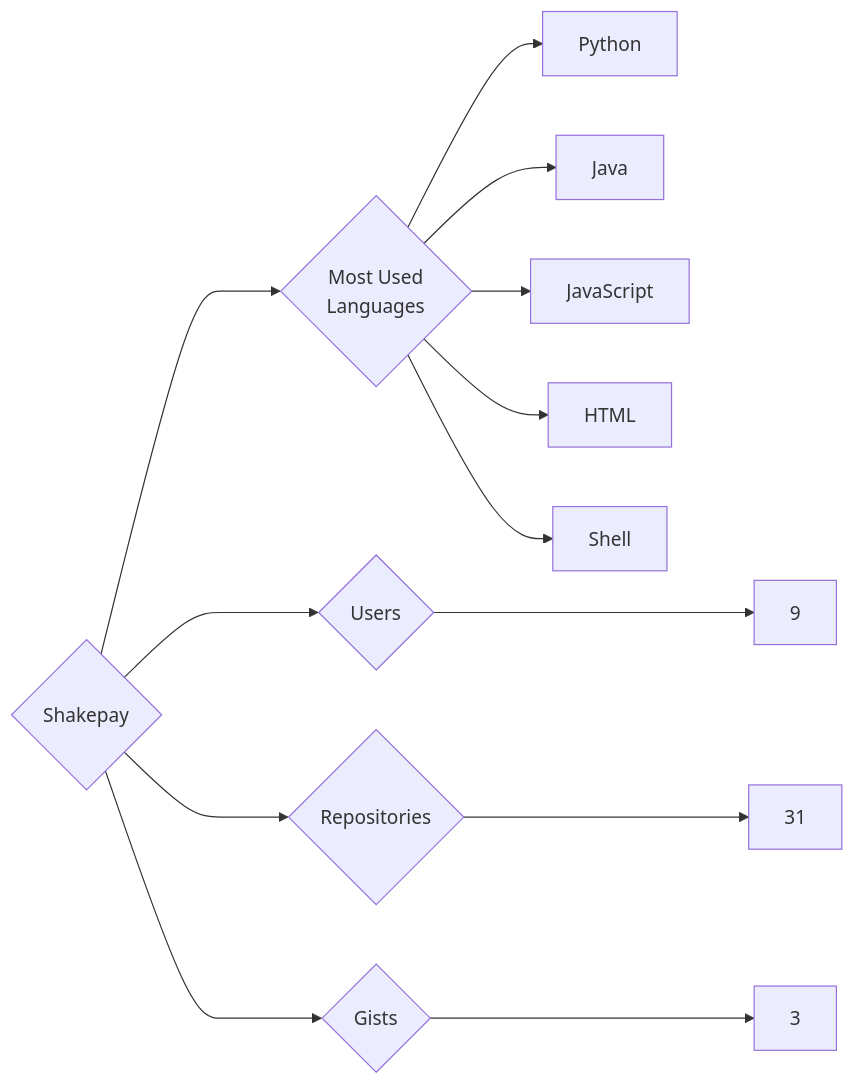
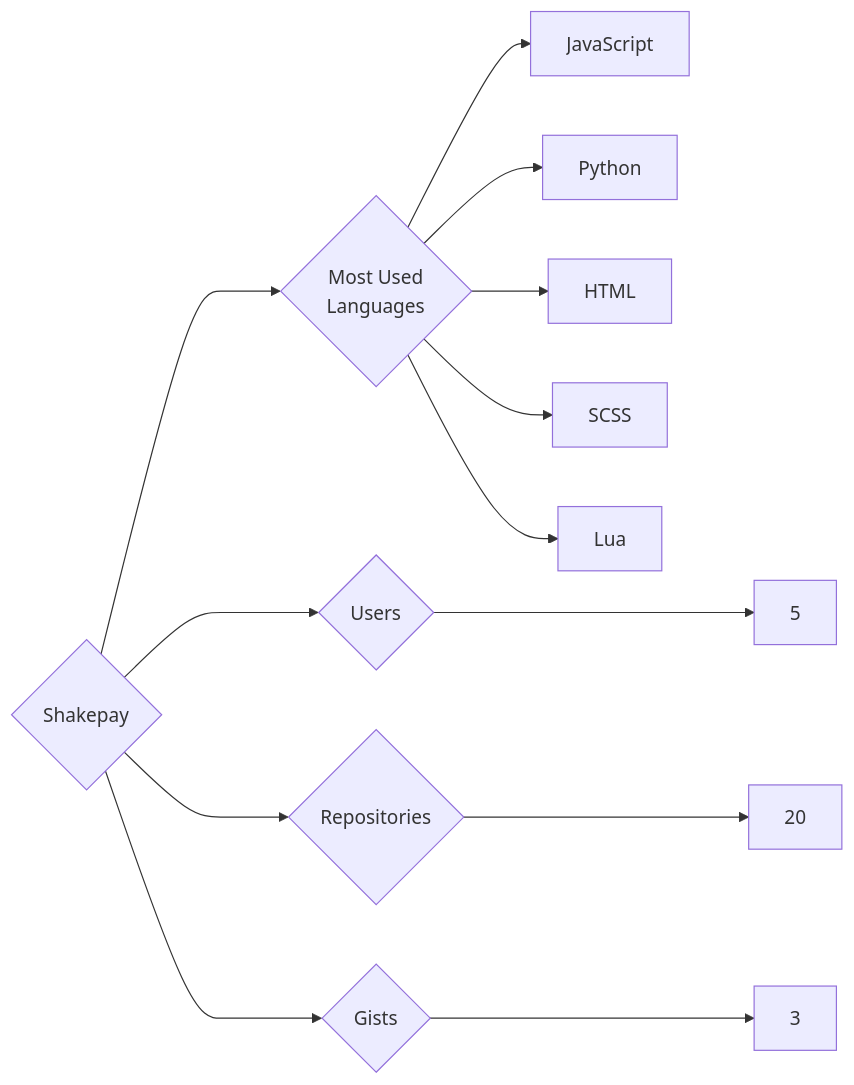
The diagram in targets/Shakepay/README.md (trickest/insiders), drawn with Mermaid before and after one commit. The commit also changed 839 other files, not shown here.

````diff
--- a/targets/Shakepay/README.md
+++ b/targets/Shakepay/README.md
@@ -3,13 +3,13 @@
 ```mermaid
 graph LR
 COMPANY_NAME{Shakepay}
-COMPANY_NAME ---> U{Users} ---> UN[9]
-COMPANY_NAME ---> R{Repositories} ---> RN[31]
+COMPANY_NAME ---> U{Users} ---> UN[5]
+COMPANY_NAME ---> R{Repositories} ---> RN[20]
 COMPANY_NAME ---> G{Gists} ---> GN[3]
 COMPANY_NAME ---> ML{Most Used<br>Languages}
+ML --> JavaScript[JavaScript]
 ML --> Python[Python]
-ML --> Java[Java]
-ML --> JavaScript[JavaScript]
 ML --> HTML[HTML]
-ML --> Shell[Shell]
+ML --> SCSS[SCSS]
+ML --> Lua[Lua]
 ```
````
